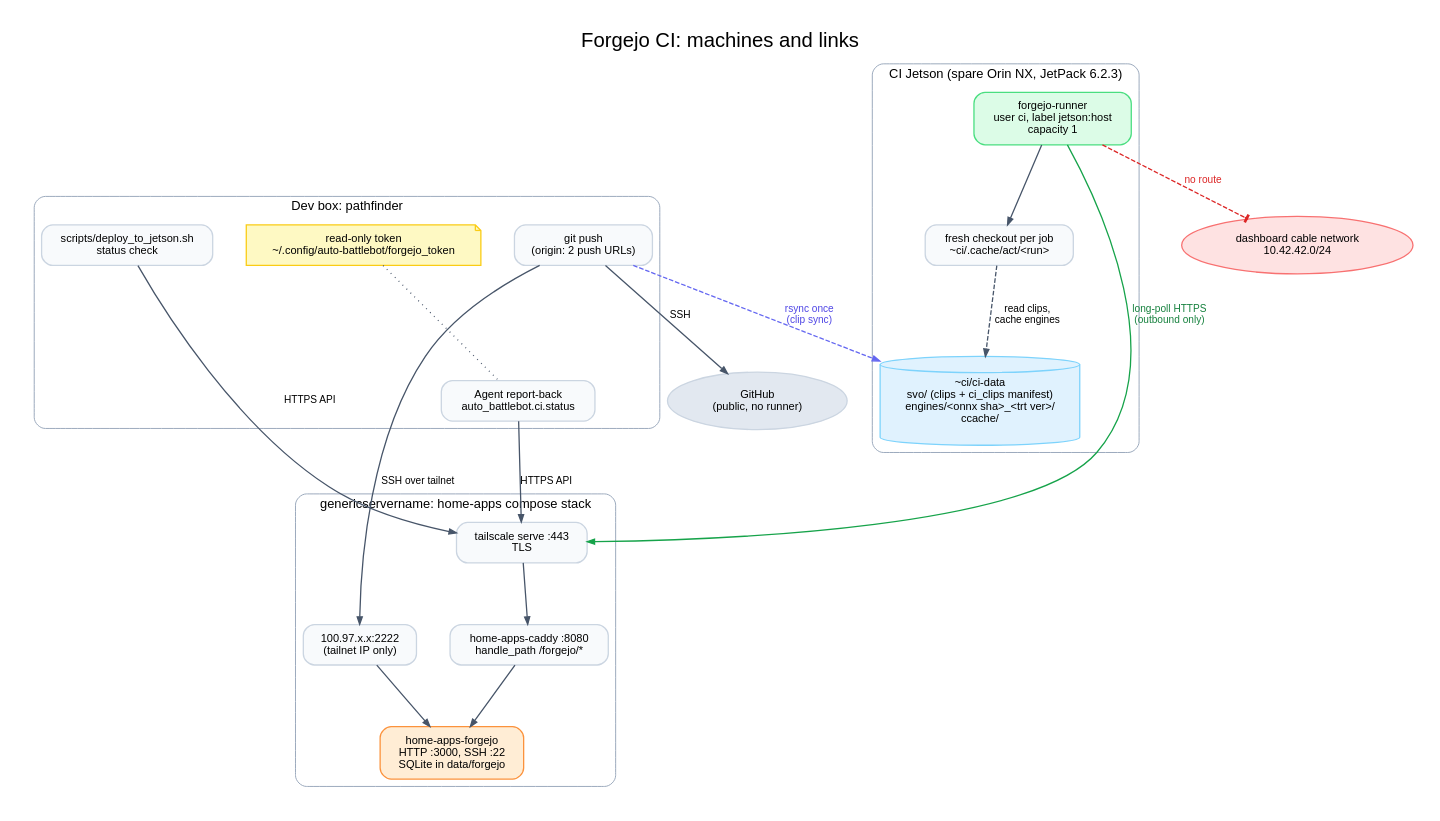
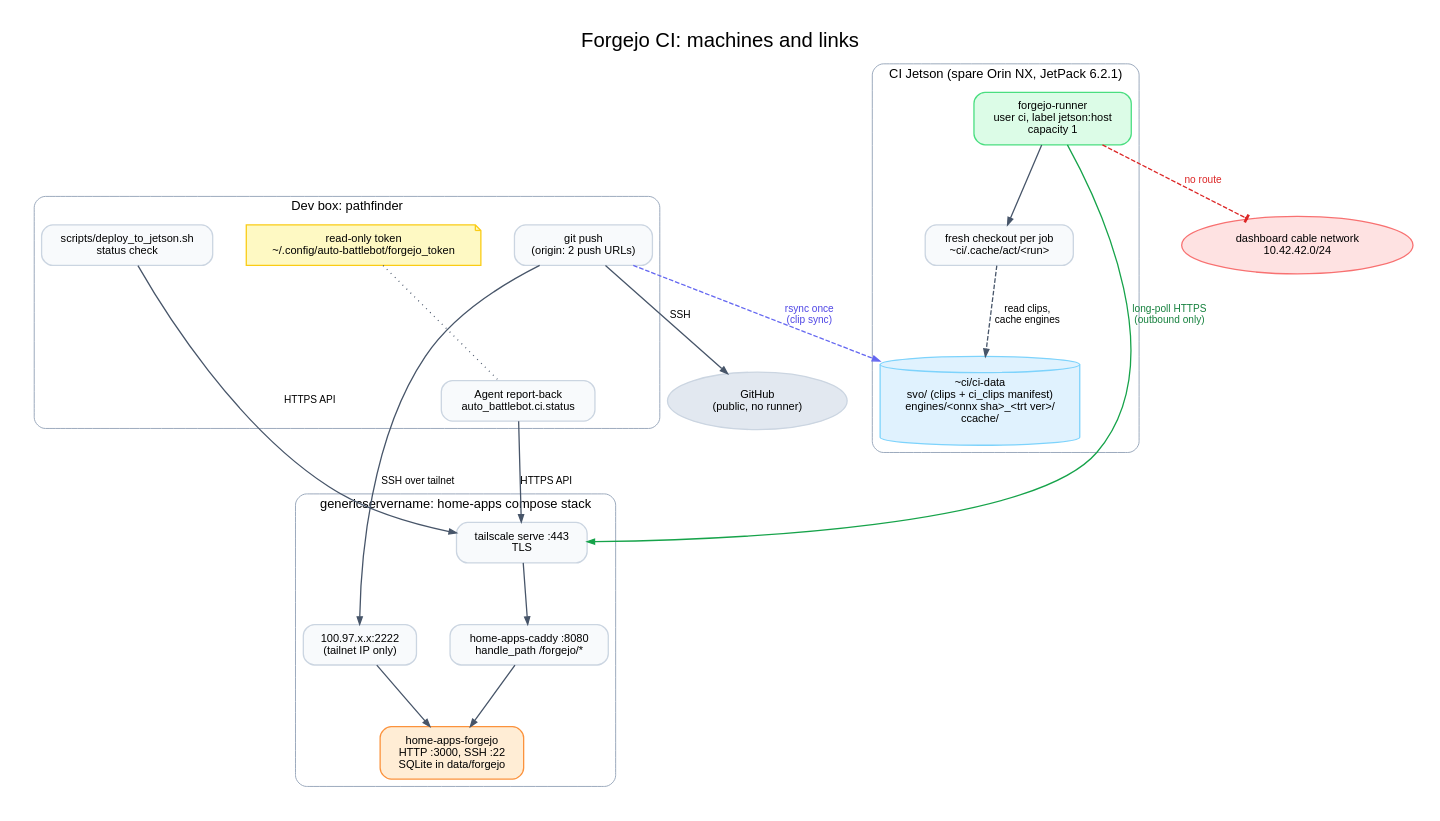
Before and after one commit to Woz4tetra/auto-battlebot: the diagram in docs/diagrams/forgejo_ci_topology.dot, drawn with Graphviz. The commit also changed 13 other files, not shown here.

First line of the commit message:
Support JetPack 6.2.1 (R36.4) as the only JetPack 6

```diff
--- a/docs/diagrams/forgejo_ci_topology.dot
+++ b/docs/diagrams/forgejo_ci_topology.dot
@@ -1,53 +1,53 @@
 digraph ForgejoCiTopology {
   graph [
     rankdir=TB
     label="Forgejo CI: machines and links"
     labelloc=t fontsize=22 fontname="Helvetica"
     pad=0.3 nodesep=0.5 ranksep=0.9 splines=spline bgcolor="white" compound=true
   ];
   node [
     shape=box style="rounded,filled" fillcolor="#F8FAFC" color="#CBD5E1"
     fontname="Helvetica" fontsize=12 penwidth=1.4 margin="0.18,0.12"
   ];
   edge [color="#475569" penwidth=1.4 arrowsize=0.8 fontname="Helvetica" fontsize=11];
 
   subgraph cluster_dev {
     label="Dev box: pathfinder" fontname="Helvetica" fontsize=14 style="rounded" color="#94A3B8"
     git_push [label="git push\n(origin: 2 push URLs)"];
     agent [label="Agent report-back\nauto_battlebot.ci.status"];
     deploy [label="scripts/deploy_to_jetson.sh\nstatus check"];
     token [label="read-only token\n~/.config/auto-battlebot/forgejo_token" shape=note fillcolor="#FEF9C3" color="#FACC15"];
   }
 
   github [label="GitHub\n(public, no runner)" shape=ellipse fillcolor="#E2E8F0"];
 
   subgraph cluster_server {
     label="genericservername: home-apps compose stack" fontname="Helvetica" fontsize=14 style="rounded" color="#94A3B8"
     ts_serve [label="tailscale serve :443\nTLS"];
     caddy [label="home-apps-caddy :8080\nhandle_path /forgejo/*"];
     forgejo [label="home-apps-forgejo\nHTTP :3000, SSH :22\nSQLite in data/forgejo" fillcolor="#FFEDD5" color="#FB923C"];
     ssh_port [label="100.97.x.x:2222\n(tailnet IP only)"];
   }
 
   subgraph cluster_jetson {
-    label="CI Jetson (spare Orin NX, JetPack 6.2.3)" fontname="Helvetica" fontsize=14 style="rounded" color="#94A3B8"
+    label="CI Jetson (spare Orin NX, JetPack 6.2.1)" fontname="Helvetica" fontsize=14 style="rounded" color="#94A3B8"
     runner [label="forgejo-runner\nuser ci, label jetson:host\ncapacity 1" fillcolor="#DCFCE7" color="#4ADE80"];
     workspace [label="fresh checkout per job\n~ci/.cache/act/<run>"];
     ci_data [label="~ci/ci-data\nsvo/ (clips + ci_clips manifest)\nengines/<onnx sha>_<trt ver>/\nccache/" shape=cylinder fillcolor="#E0F2FE" color="#7DD3FC"];
   }
 
   dash_net [label="dashboard cable network\n10.42.42.0/24" shape=ellipse fillcolor="#FEE2E2" color="#F87171"];
 
   git_push -> github [label="SSH"];
   git_push -> ssh_port [label="SSH over tailnet"];
   ssh_port -> forgejo;
   agent -> ts_serve [label="HTTPS API"];
   deploy -> ts_serve [label="HTTPS API"];
   token -> agent [style=dotted arrowhead=none];
   ts_serve -> caddy -> forgejo;
   runner -> ts_serve [label="long-poll HTTPS\n(outbound only)" color="#16A34A" fontcolor="#15803D"];
   runner -> workspace;
   workspace -> ci_data [label="read clips,\ncache engines" style=dashed];
   git_push -> ci_data [label="rsync once\n(clip sync)" style=dashed color="#6366F1" fontcolor="#4F46E5"];
   runner -> dash_net [label="no route" style=dashed color="#DC2626" fontcolor="#DC2626" arrowhead=tee];
 }
```
